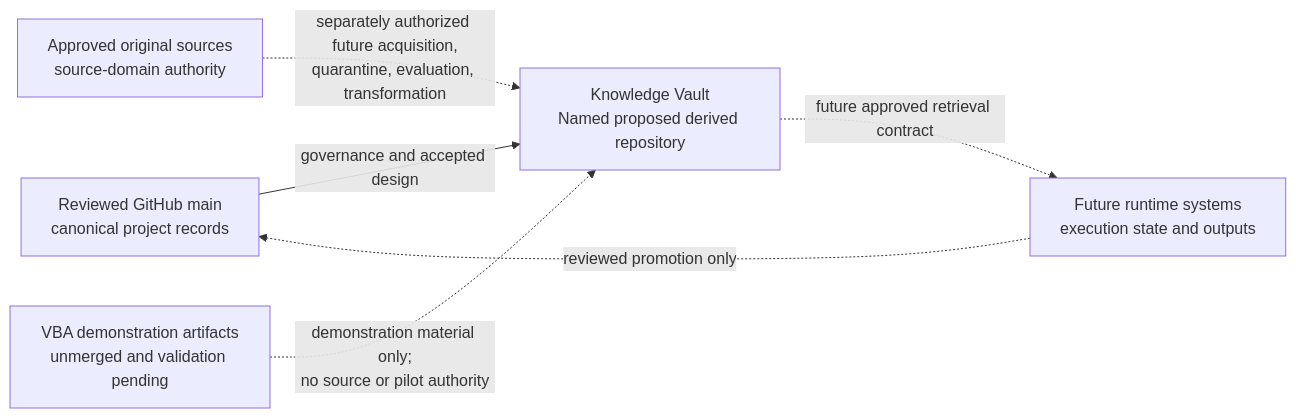
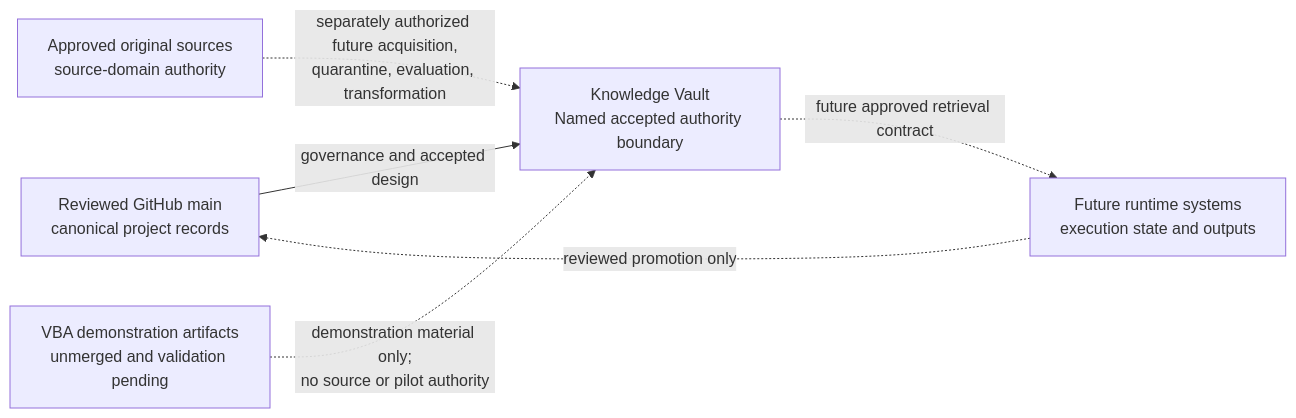
The fourth of 5 diagrams in docs/ARCHITECTURE.md (matthewart100-sys/project-jebediah), drawn with Mermaid before and after one commit. The commit also changed other lines of this file and 16 other files, not shown here.

First line of the commit message:
Reconcile PR #45 architecture acceptance (#46)

````diff
--- a/docs/ARCHITECTURE.md
+++ b/docs/ARCHITECTURE.md
@@ -227,14 +225,14 @@
 ```mermaid
 flowchart LR
     GitHub["Reviewed GitHub main\ncanonical project records"]
     Sources["Approved original sources\nsource-domain authority"]
     Demo["VBA demonstration artifacts\nunmerged and validation pending"]
-    Vault["Knowledge Vault\nNamed proposed derived repository"]
+    Vault["Knowledge Vault\nNamed accepted authority boundary"]
     Runtime["Future runtime systems\nexecution state and outputs"]
 
     GitHub -->|"governance and accepted design"| Vault
     Sources -.->|"separately authorized future acquisition,\nquarantine, evaluation, transformation"| Vault
     Demo -.->|"demonstration material only;\nno source or pilot authority"| Vault
     Vault -.->|"future approved retrieval contract"| Runtime
     Runtime -.->|"reviewed promotion only"| GitHub
 ```
````
